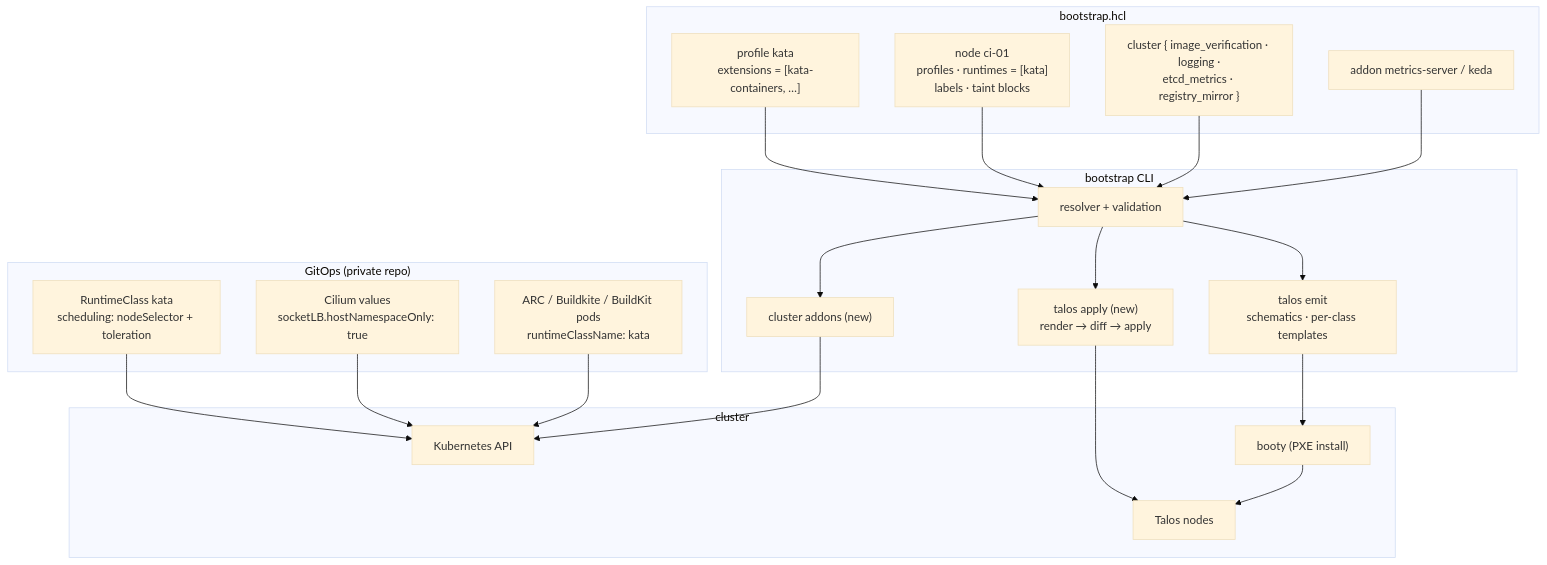
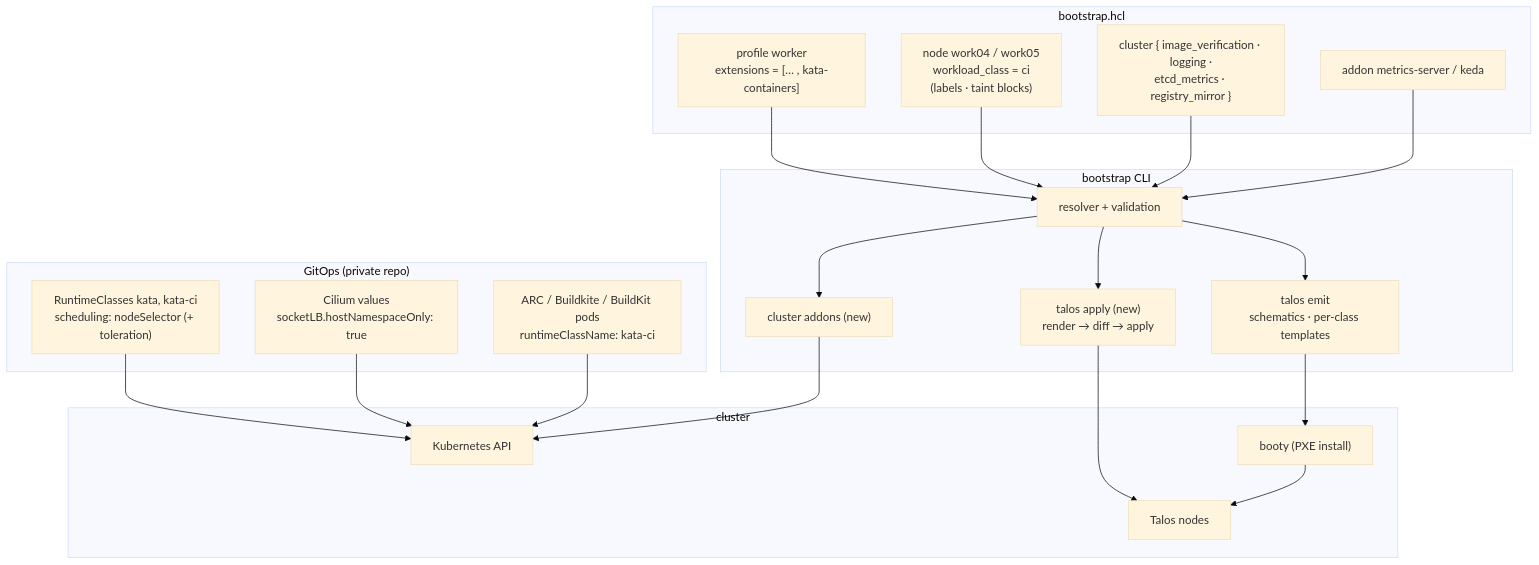
One commit to donaldgifford/hoomlab changed the first of 3 diagrams in docs/design/0005-talos-11311-upgrade-with-kata-ci-isolation-and-cluster-options.md. Above: the diagram before and after it, drawn with Mermaid (base theme). The commit also changed other lines of this file, not shown here.

First line of the commit message:
docs(design): DESIGN-0005 Kata in the worker image, CI on two tainted workers

````diff
--- a/docs/design/0005-talos-11311-upgrade-with-kata-ci-isolation-and-cluster-options.md
+++ b/docs/design/0005-talos-11311-upgrade-with-kata-ci-isolation-and-cluster-options.md
@@ -169,35 +181,35 @@
 ```mermaid
 flowchart TB
     subgraph HCL["bootstrap.hcl"]
-        P["profile kata<br/>extensions = [kata-containers, …]"]
-        N["node ci-01<br/>profiles · runtimes = [kata]<br/>labels · taint blocks"]
+        P["profile worker<br/>extensions = [… , kata-containers]"]
+        N["node work04 / work05<br/>workload_class = ci<br/>(labels · taint blocks)"]
         O["cluster { image_verification · logging ·<br/>etcd_metrics · registry_mirror }"]
         A["addon metrics-server / keda"]
     end
     subgraph CLI["bootstrap CLI"]
         R["resolver + validation"]
         E["talos emit<br/>schematics · per-class templates"]
         AP["talos apply (new)<br/>render → diff → apply"]
         AD["cluster addons (new)"]
     end
     subgraph Live["cluster"]
         BOOT["booty (PXE install)"]
         NODES["Talos nodes"]
         K8S["Kubernetes API"]
     end
     subgraph GitOps["GitOps (private repo)"]
-        RC["RuntimeClass kata<br/>scheduling: nodeSelector + toleration"]
+        RC["RuntimeClasses kata, kata-ci<br/>scheduling: nodeSelector (+ toleration)"]
         CV["Cilium values<br/>socketLB.hostNamespaceOnly: true"]
-        CI["ARC / Buildkite / BuildKit pods<br/>runtimeClassName: kata"]
+        CI["ARC / Buildkite / BuildKit pods<br/>runtimeClassName: kata-ci"]
     end
     P --> R
     N --> R
     O --> R
     A --> R
     R --> E --> BOOT --> NODES
     R --> AP --> NODES
     R --> AD --> K8S
     RC --> K8S
     CV --> K8S
     CI --> K8S
 ```
````
